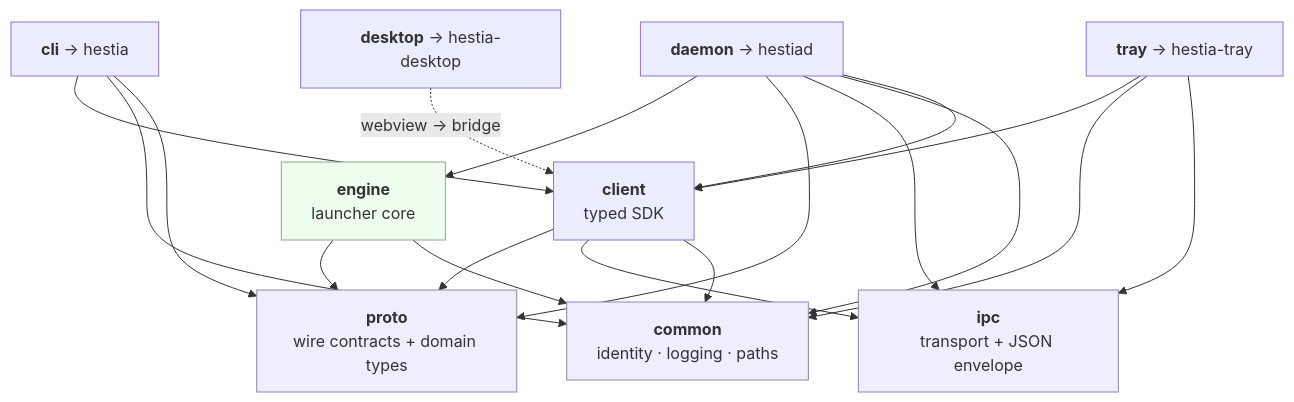
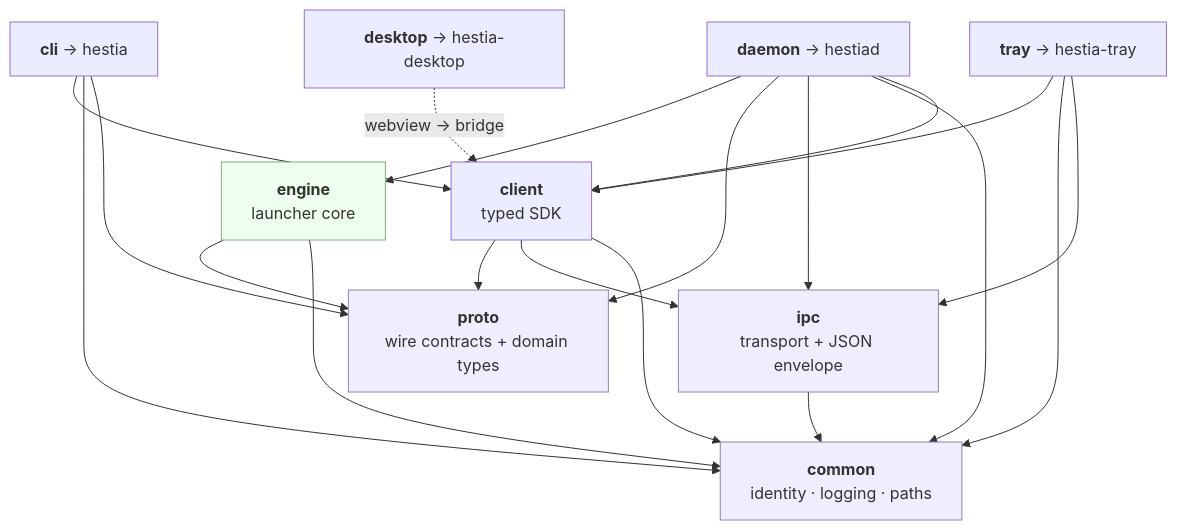
The second of 3 diagrams in docs/architecture.md (toraaoo/hestia), drawn with Mermaid before and after one commit. The commit also changed other lines of this file and 9 other files, not shown here.

````diff
--- a/docs/architecture.md
+++ b/docs/architecture.md
@@ -71,24 +71,25 @@
 ```mermaid
 flowchart TD
     proto["<b>proto</b><br/>wire contracts + domain types"]
     ipc["<b>ipc</b><br/>transport + JSON envelope"]
     common["<b>common</b><br/>identity · logging · paths"]
     client["<b>client</b><br/>typed SDK"]
     engine["<b>engine</b><br/>launcher core"]
     cli["<b>cli</b> → hestia"]
     daemon["<b>daemon</b> → hestiad"]
     desktop["<b>desktop</b> → hestia-desktop"]
     tray["<b>tray</b> → hestia-tray"]
 
     client --> proto & ipc & common
+    ipc --> common
     engine --> proto & common
     cli --> client & common & proto
     daemon --> engine & proto & ipc & common & client
     tray --> client & common & ipc
     desktop -.->|"webview → bridge"| client
 
     classDef leaf fill:#eef,stroke:#88a
     classDef core fill:#efe,stroke:#8a8
     class proto,ipc,common leaf
     class engine core
 ```
````
